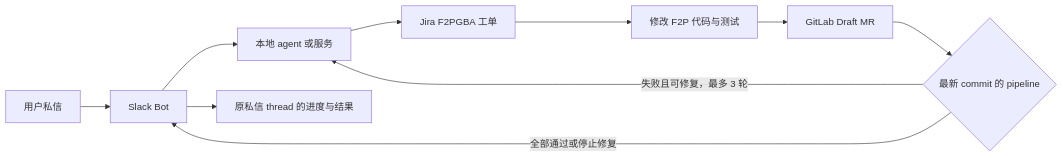
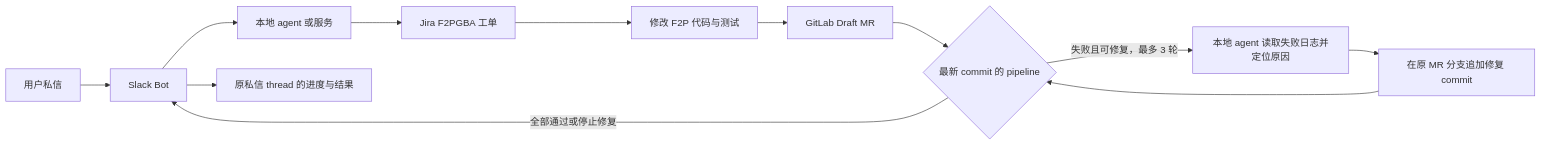
One commit to whhe-coder/Chat-to-Fix-Agent changed the diagram in plans/chat-to-fix-agent.md. Above: the diagram before and after it, drawn with Mermaid. The commit also changed 1 other file, not shown here.

Commit message:
docs: clarify bot ownership and CI repair loop

````diff
--- a/plans/chat-to-fix-agent.md
+++ b/plans/chat-to-fix-agent.md
@@ -9,12 +9,14 @@
 ```mermaid
 flowchart LR
     U[用户私信] --> B[Slack Bot]
     B --> R[本地 agent 或服务]
     R --> J[Jira F2PGBA 工单]
     J --> K[修改 F2P 代码与测试]
     K --> G[GitLab Draft MR]
     G --> C{最新 commit 的 pipeline}
-    C -->|失败且可修复，最多 3 轮| R
+    C -->|失败且可修复，最多 3 轮| L[本地 agent 读取失败日志并定位原因]
+    L --> F[在原 MR 分支追加修复 commit]
+    F --> C
     C -->|全部通过或停止修复| B
     B --> T[原私信 thread 的进度与结果]
 ```
````
